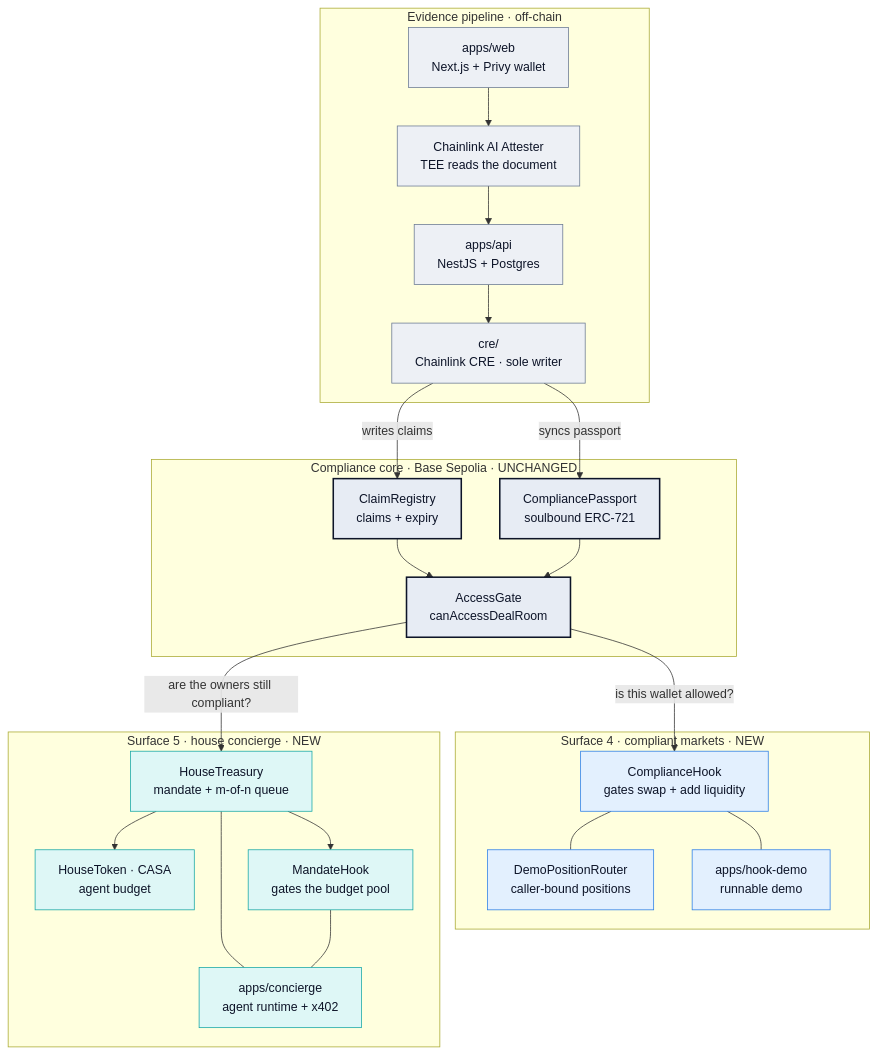
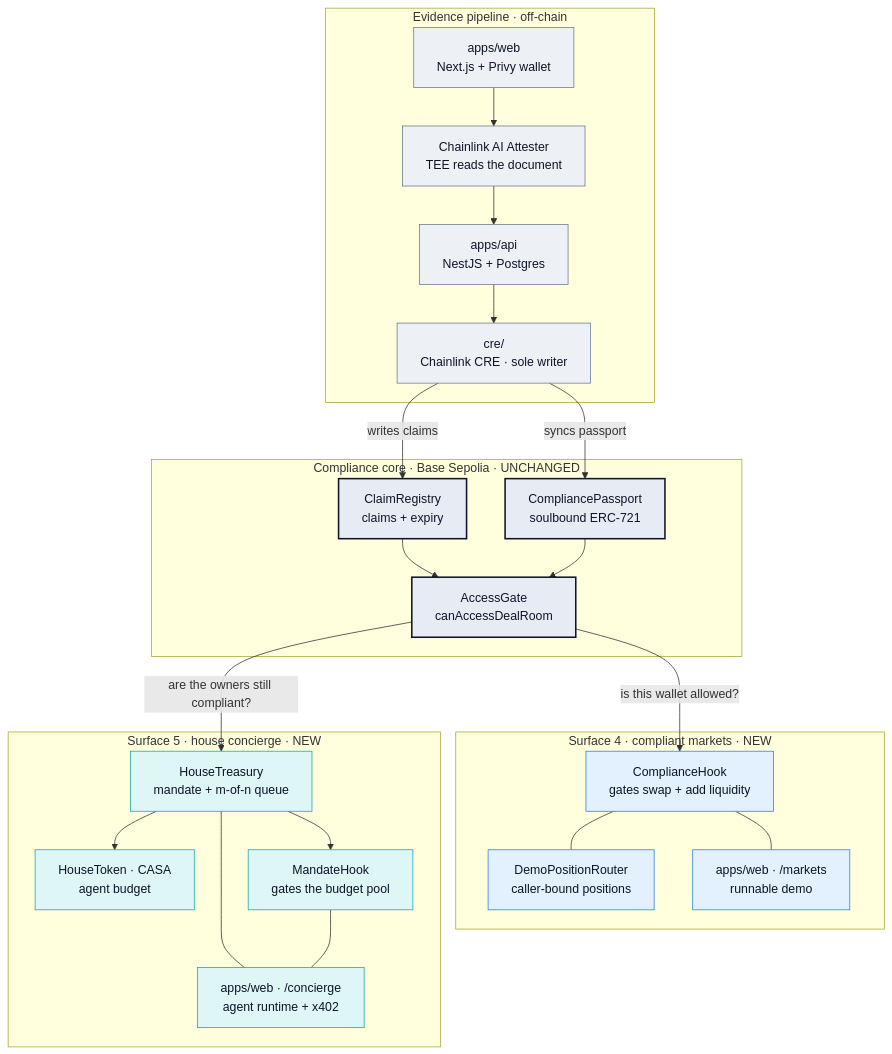
One commit to luizoamorim/passportkit changed the first of 7 diagrams in docs/presentation-diagrams.md. Above: the diagram before and after it, drawn with Mermaid. The commit also changed other lines of this file and 6 other files, not shown here.

````diff
--- a/docs/presentation-diagrams.md
+++ b/docs/presentation-diagrams.md
@@ -13,53 +13,53 @@
 ```mermaid
 flowchart TD
     subgraph OFFCHAIN["Evidence pipeline · off-chain"]
         ATT["Chainlink AI Attester<br/>TEE reads the document"]
         API["apps/api<br/>NestJS + Postgres"]
         CRE["cre/<br/>Chainlink CRE · sole writer"]
         WEB["apps/web<br/>Next.js + Privy wallet"]
     end
 
     subgraph CORE["Compliance core · Base Sepolia · UNCHANGED"]
         REG["ClaimRegistry<br/>claims + expiry"]
         PASS["CompliancePassport<br/>soulbound ERC-721"]
         GATE["AccessGate<br/>canAccessDealRoom"]
     end
 
     subgraph S4["Surface 4 · compliant markets · NEW"]
         HOOK["ComplianceHook<br/>gates swap + add liquidity"]
         ROUTER["DemoPositionRouter<br/>caller-bound positions"]
-        HDEMO["apps/hook-demo<br/>runnable demo"]
+        HDEMO["apps/web · /markets<br/>runnable demo"]
     end
 
     subgraph S5["Surface 5 · house concierge · NEW"]
         TREAS["HouseTreasury<br/>mandate + m-of-n queue"]
         CASA["HouseToken · CASA<br/>agent budget"]
         MHOOK["MandateHook<br/>gates the budget pool"]
-        AGENT["apps/concierge<br/>agent runtime + x402"]
+        AGENT["apps/web · /concierge<br/>agent runtime + x402"]
     end
 
     WEB --> ATT --> API --> CRE
     CRE -->|"writes claims"| REG
     CRE -->|"syncs passport"| PASS
     REG --> GATE
     PASS --> GATE
 
     GATE -->|"is this wallet allowed?"| HOOK
     GATE -->|"are the owners still compliant?"| TREAS
     HOOK --- ROUTER
     HOOK --- HDEMO
     TREAS --> MHOOK
     TREAS --> CASA
     TREAS --- AGENT
     MHOOK --- AGENT
 
     classDef old fill:#EDF0F5,stroke:#6B7A93,color:#0D1428
     classDef core fill:#E7ECF4,stroke:#0D1428,stroke-width:2px,color:#0D1428
     classDef new fill:#E3F0FE,stroke:#2C7FE8,color:#0D1428
     classDef agent fill:#DEF7F6,stroke:#17A8A6,color:#0D1428
 
     class ATT,API,CRE,WEB old
     class REG,PASS,GATE core
     class HOOK,ROUTER,HDEMO new
     class TREAS,CASA,MHOOK,AGENT agent
 ```
````
